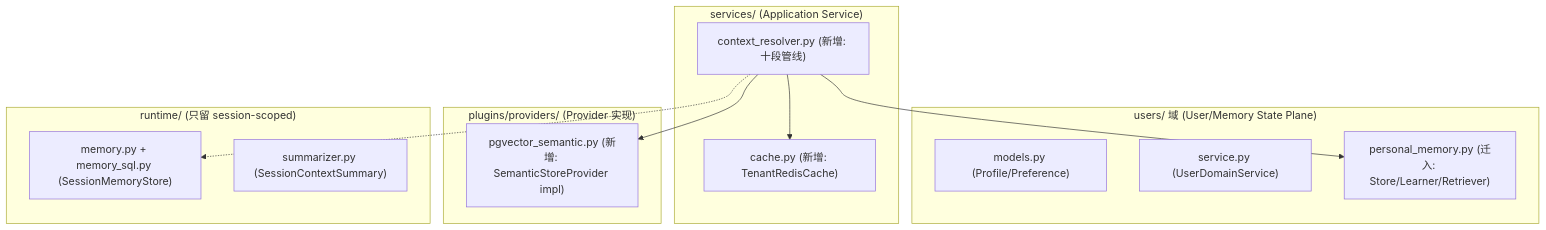
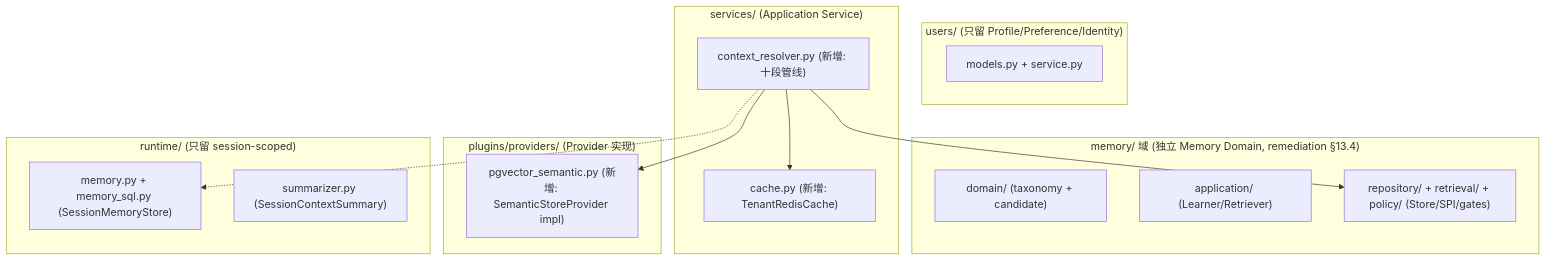
One commit to Michaelxwb/fluxion-harness changed the second of 3 diagrams in .code-flow/tasks/2026-08-28/phase2-user-context-runtime-memory/phase2-user-context-runtime-memory.design.md. Above: the diagram before and after it, drawn with Mermaid. The commit also changed other lines of this file and 70 other files, not shown here.

````diff
--- a/.code-flow/tasks/2026-08-28/phase2-user-context-runtime-memory/phase2-user-context-runtime-memory.design.md
+++ b/.code-flow/tasks/2026-08-28/phase2-user-context-runtime-memory/phase2-user-context-runtime-memory.design.md
@@ -225,23 +237,26 @@
 ```mermaid
 graph TB
-    subgraph "users/ 域 (User/Memory State Plane)"
-        U1["models.py (Profile/Preference)"]
-        U2["service.py (UserDomainService)"]
-        U3["personal_memory.py (迁入: Store/Learner/Retriever)"]
+    subgraph "memory/ 域 (独立 Memory Domain, remediation §13.4)"
+        U1["domain/ (taxonomy + candidate)"]
+        U2["application/ (Learner/Retriever)"]
+        U3["repository/ + retrieval/ + policy/ (Store/SPI/gates)"]
+    end
+    subgraph "users/ (只留 Profile/Preference/Identity)"
+        U4["models.py + service.py"]
     end
     subgraph "services/ (Application Service)"
         S1["context_resolver.py (新增: 十段管线)"]
         S2["cache.py (新增: TenantRedisCache)"]
     end
     subgraph "plugins/providers/ (Provider 实现)"
         P1["pgvector_semantic.py (新增: SemanticStoreProvider impl)"]
     end
     subgraph "runtime/ (只留 session-scoped)"
         R1["memory.py + memory_sql.py (SessionMemoryStore)"]
         R2["summarizer.py (SessionContextSummary)"]
     end
     S1 --> U3
     S1 --> P1
     S1 --> S2
     S1 -.-> R1
 ```
````
